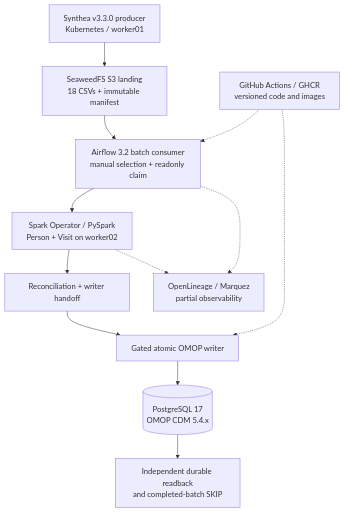
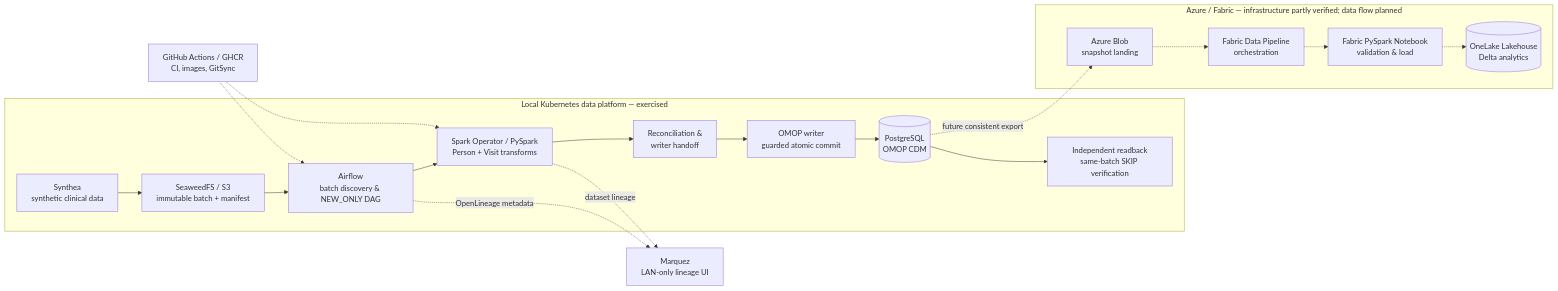
One commit to JohnZhang-DataForge/healthcare-data-platform changed the diagram in README.md. Above: the diagram before and after it, drawn with Mermaid. The commit also changed other lines of this file, not shown here.

Commit message:
docs(readme): present verified platform engineering work for interviews

````diff
--- a/README.md
+++ b/README.md
@@ -31,14 +29,27 @@
 ```mermaid
-flowchart TD
-    S["Synthea v3.3.0 producer<br/>Kubernetes / worker01"] --> L["SeaweedFS S3 landing<br/>18 CSVs + immutable manifest"]
-    L --> A["Airflow 3.2 batch consumer<br/>manual selection + readonly claim"]
-    A --> P["Spark Operator / PySpark<br/>Person + Visit on worker02"]
-    P --> R["Reconciliation + writer handoff"]
-    R --> W["Gated atomic OMOP writer"]
-    W --> D[("PostgreSQL 17<br/>OMOP CDM 5.4.x")]
-    D --> V["Independent durable readback<br/>and completed-batch SKIP"]
-    G["GitHub Actions / GHCR<br/>versioned code and images"] -.-> A
-    G -.-> W
-    A -.-> O["OpenLineage / Marquez<br/>partial observability"]
-    P -.-> O
+flowchart LR
+    subgraph LOCAL["Local Kubernetes data platform — exercised"]
+        S["Synthea<br/>synthetic clinical data"] --> L["SeaweedFS / S3<br/>immutable batch + manifest"]
+        L --> A["Airflow<br/>batch discovery & NEW_ONLY DAG"]
+        A --> P["Spark Operator / PySpark<br/>Person + Visit transforms"]
+        P --> Q["Reconciliation &<br/>writer handoff"]
+        Q --> W["OMOP writer<br/>guarded atomic commit"]
+        W --> PG[("PostgreSQL<br/>OMOP CDM")]
+        PG --> V["Independent readback<br/>same-batch SKIP verification"]
+    end
+    A -. "OpenLineage metadata" .-> M["Marquez<br/>LAN-only lineage UI"]
+    P -. "dataset lineage" .-> M
+    G["GitHub Actions / GHCR<br/>CI, images, GitSync"] -.-> A
+    G -.-> P
+
+    subgraph CLOUD["Azure / Fabric — infrastructure partly verified; data flow planned"]
+        B["Azure Blob<br/>snapshot landing"]
+        F["Fabric Data Pipeline<br/>orchestration"]
+        N["Fabric PySpark Notebook<br/>validation & load"]
+        O[("OneLake Lakehouse<br/>Delta analytics")]
+        B -.-> F
+        F -.-> N
+        N -.-> O
+    end
+    PG -. "future consistent export" .-> B
 ```
````
